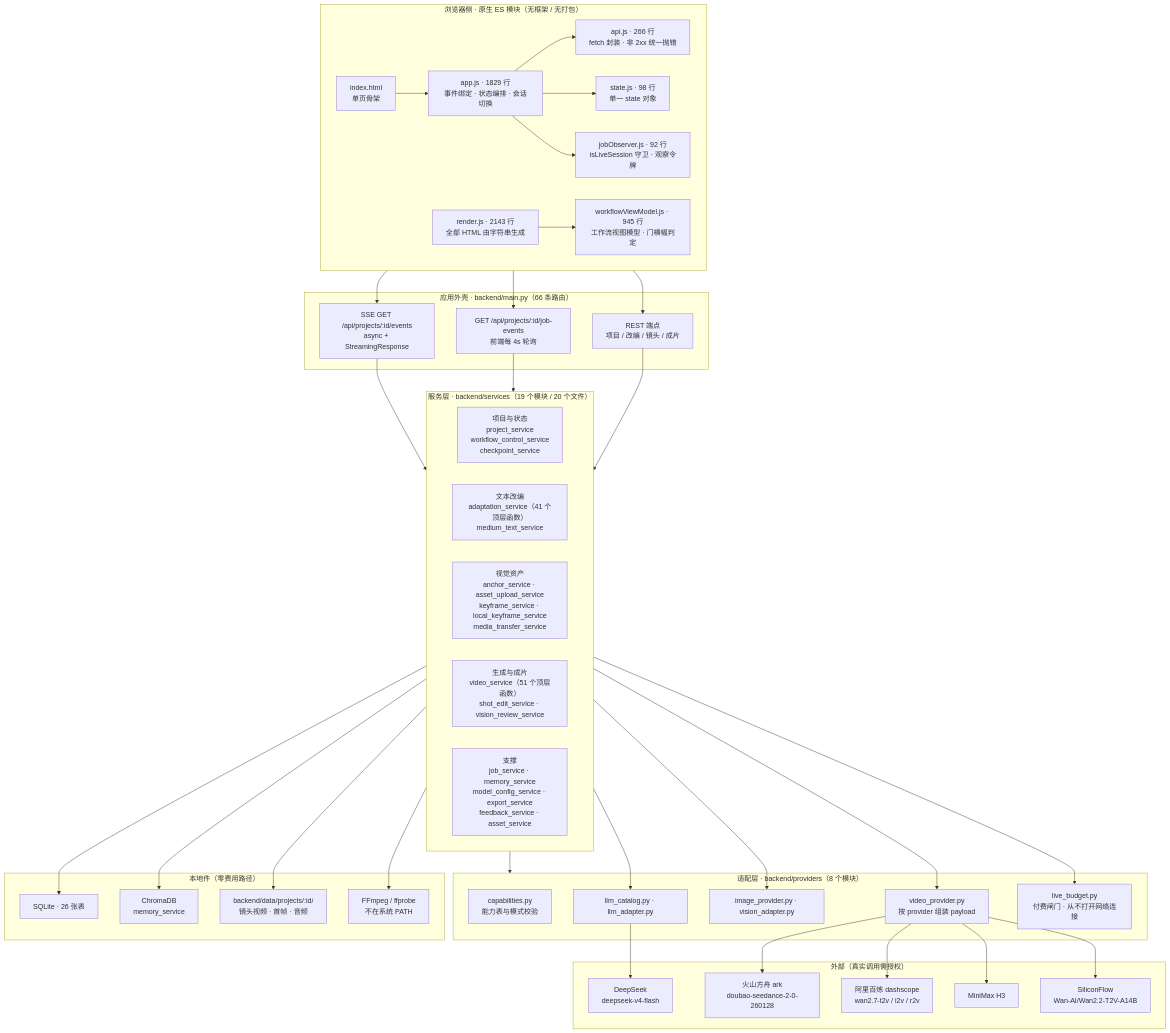
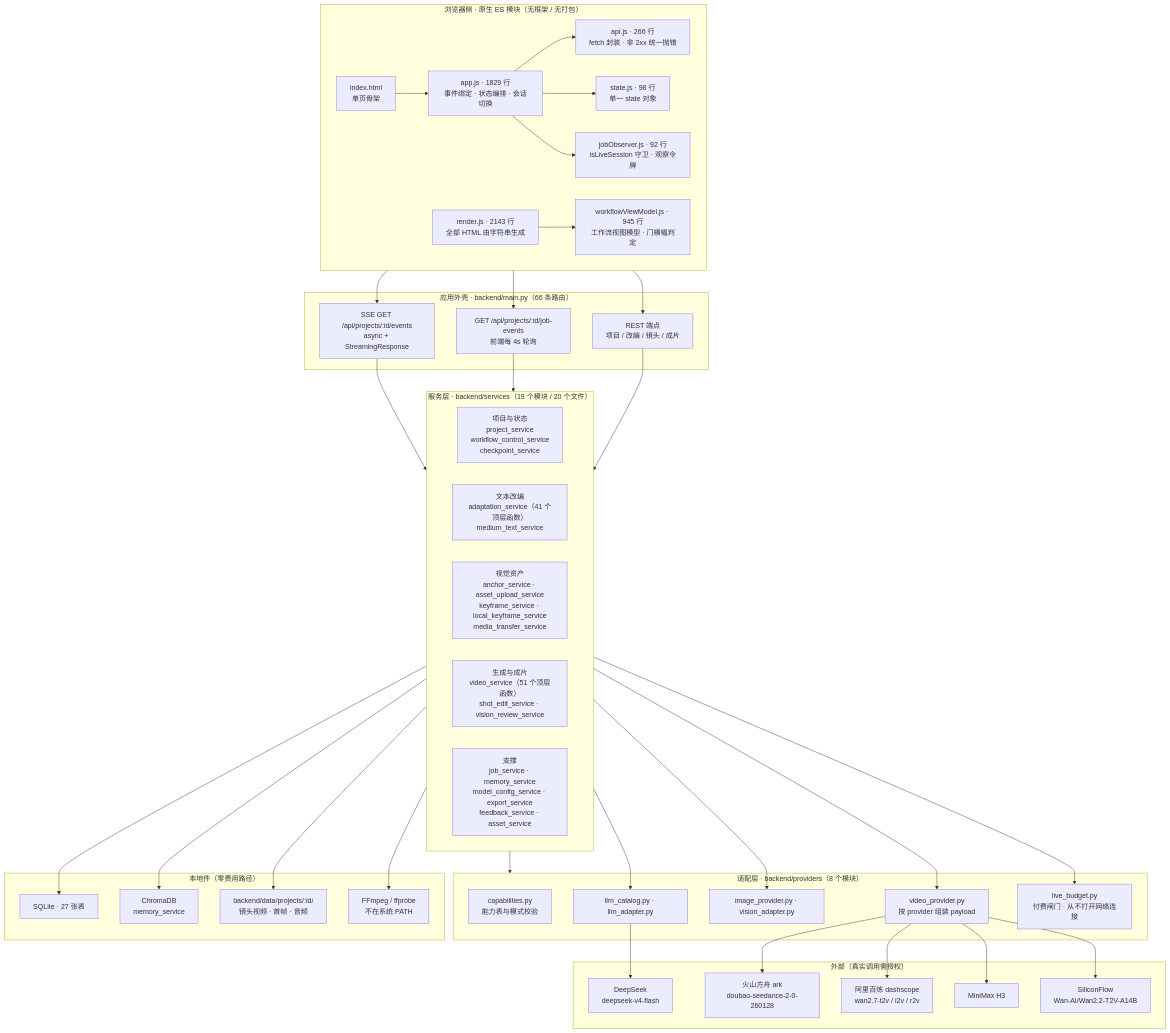
The first of 20 diagrams in docs/visioncraft-diagrams.md (Bamzzo/VisionCraft), drawn with Mermaid before and after one commit. The commit also changed other lines of this file and 6 other files, not shown here.

````diff
--- a/docs/visioncraft-diagrams.md
+++ b/docs/visioncraft-diagrams.md
@@ -18,77 +19,77 @@
 ```mermaid
 flowchart TB
   subgraph BROWSER["浏览器侧 · 原生 ES 模块（无框架 / 无打包）"]
     direction LR
     IDX["index.html<br/>单页骨架"]
     APP["app.js · 1829 行<br/>事件绑定 · 状态编排 · 会话切换"]
     RND["render.js · 2143 行<br/>全部 HTML 由字符串生成"]
     VM["workflowViewModel.js · 945 行<br/>工作流视图模型 · 门横幅判定"]
     API["api.js · 266 行<br/>fetch 封装 · 非 2xx 统一抛错"]
     OBS["jobObserver.js · 92 行<br/>isLiveSession 守卫 · 观察令牌"]
     ST["state.js · 98 行<br/>单一 state 对象"]
   end
 
   subgraph SHELL["应用外壳 · backend/main.py（66 条路由）"]
     R1["REST 端点<br/>项目 / 改编 / 镜头 / 成片"]
     SSE["SSE GET /api/projects/:id/events<br/>async + StreamingResponse"]
     POLL["GET /api/projects/:id/job-events<br/>前端每 4s 轮询"]
   end
 
   subgraph SVC["服务层 · backend/services（19 个模块 / 20 个文件）"]
     direction LR
     S1["项目与状态<br/>project_service<br/>workflow_control_service<br/>checkpoint_service"]
     S2["文本改编<br/>adaptation_service（41 个顶层函数）<br/>medium_text_service"]
     S3["视觉资产<br/>anchor_service · asset_upload_service<br/>keyframe_service · local_keyframe_service<br/>media_transfer_service"]
     S4["生成与成片<br/>video_service（51 个顶层函数）<br/>shot_edit_service · vision_review_service"]
     S5["支撑<br/>job_service · memory_service<br/>model_config_service · export_service<br/>feedback_service · asset_service"]
   end
 
   subgraph PROV["适配层 · backend/providers（8 个模块）"]
     P1["capabilities.py<br/>能力表与模式校验"]
     P2["llm_catalog.py · llm_adapter.py"]
     P3["image_provider.py · vision_adapter.py"]
     P4["video_provider.py<br/>按 provider 组装 payload"]
     P5["live_budget.py<br/>付费闸门 · 从不打开网络连接"]
   end
 
   subgraph EXT["外部（真实调用需授权）"]
     E1["DeepSeek<br/>deepseek-v4-flash"]
     E2["火山方舟 ark<br/>doubao-seedance-2-0-260128"]
     E3["阿里百炼 dashscope<br/>wan2.7-t2v / i2v / r2v"]
     E4["MiniMax H3"]
     E5["SiliconFlow<br/>Wan-AI/Wan2.2-T2V-A14B"]
   end
 
   subgraph LOCAL["本地件（零费用路径）"]
-    L1["SQLite · 26 张表"]
+    L1["SQLite · 27 张表"]
     L2["ChromaDB<br/>memory_service"]
     L3["backend/data/projects/:id/<br/>镜头视频 · 首帧 · 音频"]
     L4["FFmpeg / ffprobe<br/>不在系统 PATH"]
   end
 
   APP --> API
   RND --> VM
   APP --> ST
   APP --> OBS
   IDX --> APP
   API --> R1
   OBS --> SSE
   OBS --> POLL
   R1 --> SVC
   SSE --> S1
   POLL --> S5
   SVC --> PROV
   S2 --> P2
   S3 --> P3
   S4 --> P4
   S4 --> P5
   P2 --> E1
   P4 --> E2
   P4 --> E3
   P4 --> E4
   P4 --> E5
   SVC --> L1
   S5 --> L2
   S4 --> L3
   S4 --> L4
 ```
````
